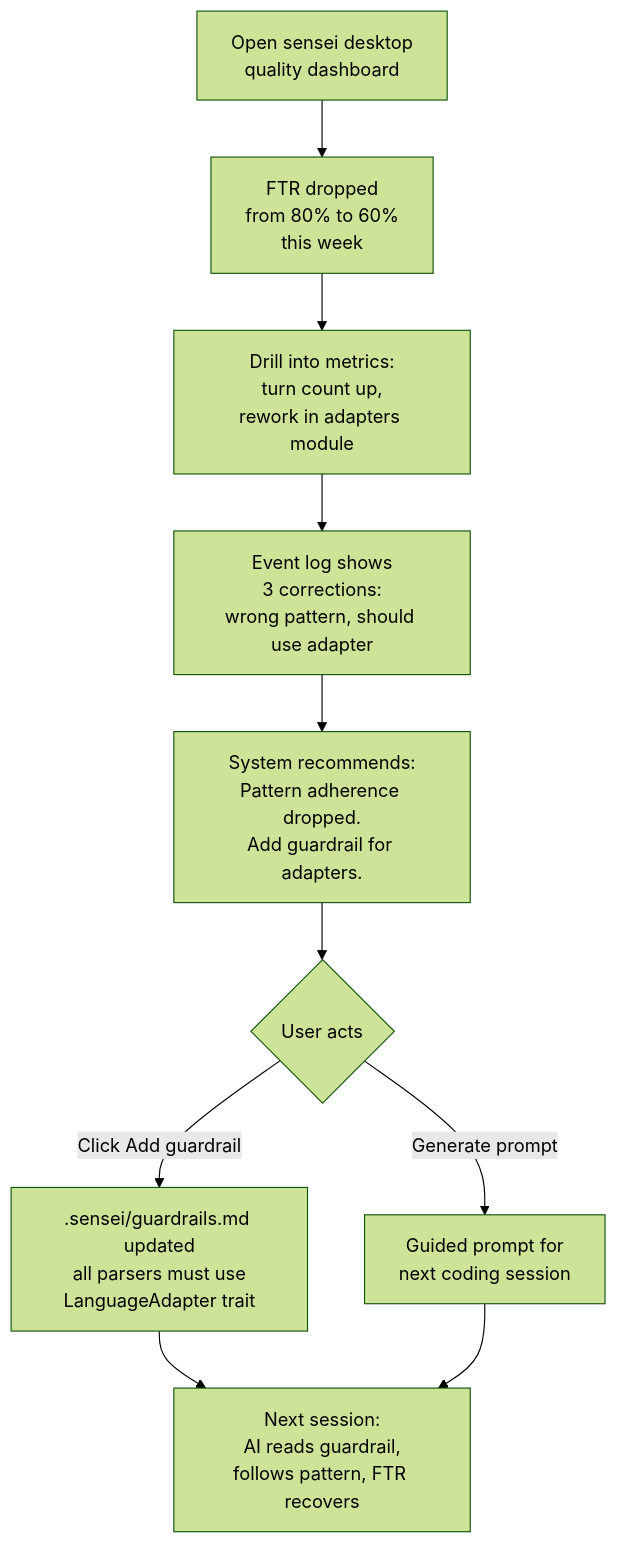
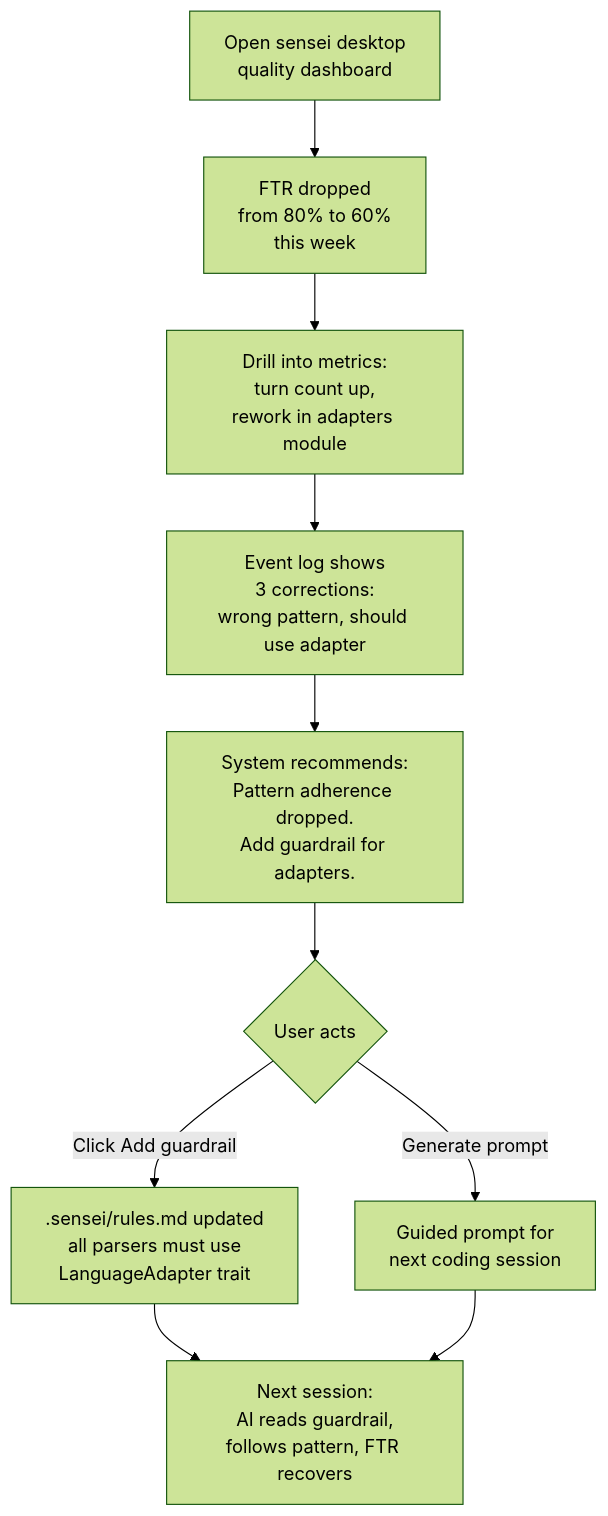
One commit to sensei-hq/sensei changed the fourth of 7 diagrams in docs/README.md. Above: the diagram before and after it, drawn with Mermaid (forest theme). The commit also changed other lines of this file and 22 other files, not shown here.

First line of the commit message:
refactor: rename guardrails to rules throughout

````diff
--- a/docs/README.md
+++ b/docs/README.md
@@ -155,12 +155,12 @@
 ```mermaid
 flowchart TD
     A[Open sensei desktop<br/>quality dashboard] --> B[FTR dropped<br/>from 80% to 60%<br/>this week]
     B --> C[Drill into metrics:<br/>turn count up,<br/>rework in adapters module]
     C --> D[Event log shows<br/>3 corrections:<br/>wrong pattern, should use adapter]
     D --> E[System recommends:<br/>Pattern adherence dropped.<br/>Add guardrail for adapters.]
     E --> F{User acts}
-    F -->|Click Add guardrail| G[.sensei/guardrails.md updated<br/>all parsers must use<br/>LanguageAdapter trait]
+    F -->|Click Add guardrail| G[.sensei/rules.md updated<br/>all parsers must use<br/>LanguageAdapter trait]
     F -->|Generate prompt| H[Guided prompt for<br/>next coding session]
     G --> I[Next session:<br/>AI reads guardrail,<br/>follows pattern, FTR recovers]
     H --> I
 ```
````
